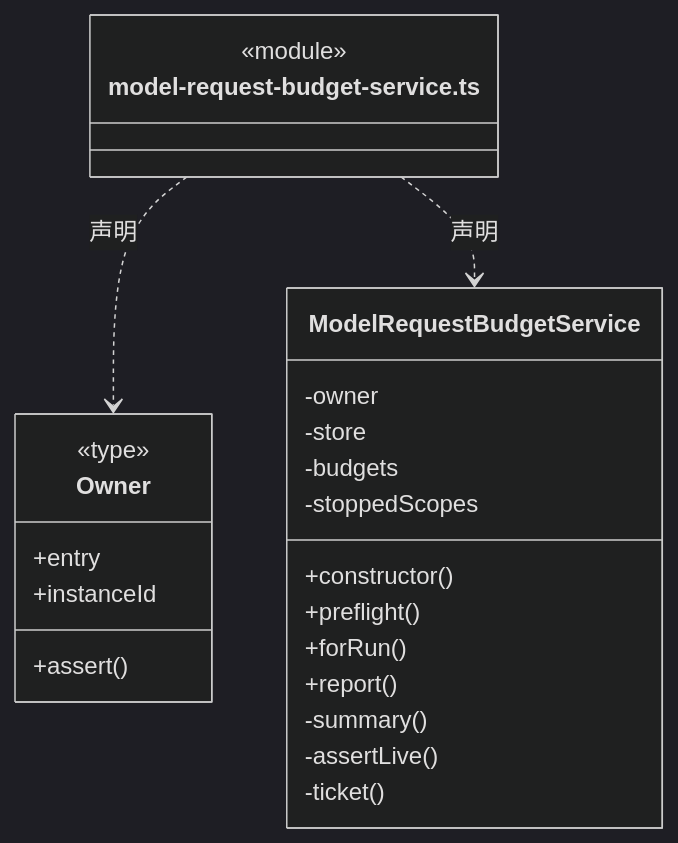
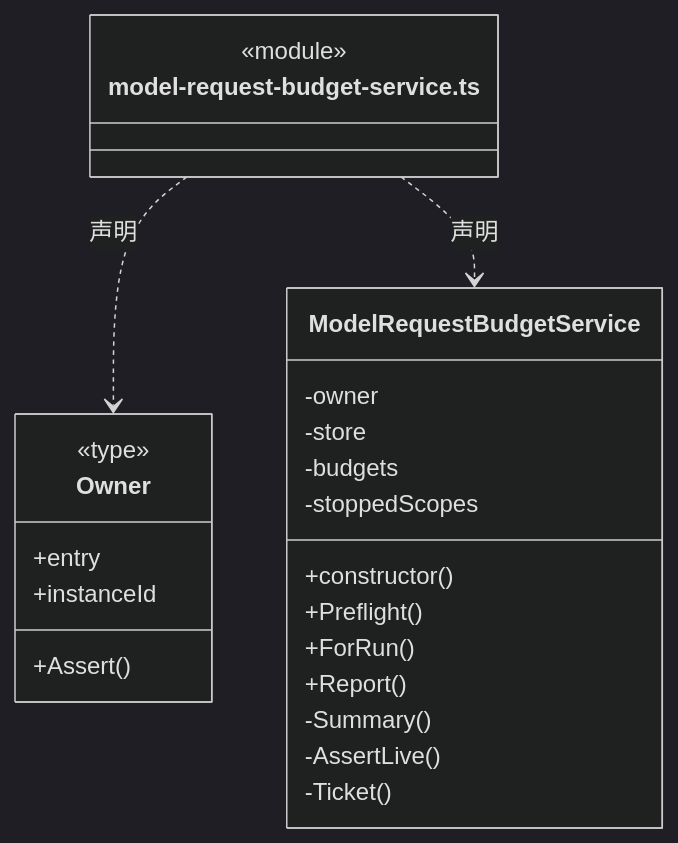
Before and after one commit to nan023062/cbim: the first of 5 diagrams in src/logic/budget/runtime/ARCHITECTURE.md, drawn with Mermaid (dark theme). The commit also changed other lines of this file and 1035 other files, not shown here.

````diff
--- a/src/logic/budget/runtime/ARCHITECTURE.md
+++ b/src/logic/budget/runtime/ARCHITECTURE.md
@@ -25,27 +25,27 @@
 ```mermaid
 classDiagram
 class N_src_logic_budget_runtime_model_request_budget_service_ts["model-request-budget-service.ts"] {
   <<module>>
 }
 class N_src_logic_budget_runtime_model_request_budget_service_ts_Owner["Owner"] {
   <<type>>
   +entry
   +instanceId
-  +assert()
+  +Assert()
 }
 N_src_logic_budget_runtime_model_request_budget_service_ts ..> N_src_logic_budget_runtime_model_request_budget_service_ts_Owner : 声明
 class N_src_logic_budget_runtime_model_request_budget_service_ts_ModelRequestBudgetService["ModelRequestBudgetService"] {
   +constructor()
-  +preflight()
-  +forRun()
-  +report()
+  +Preflight()
+  +ForRun()
+  +Report()
   -owner
   -store
   -budgets
   -stoppedScopes
-  -summary()
-  -assertLive()
-  -ticket()
+  -Summary()
+  -AssertLive()
+  -Ticket()
 }
 N_src_logic_budget_runtime_model_request_budget_service_ts ..> N_src_logic_budget_runtime_model_request_budget_service_ts_ModelRequestBudgetService : 声明
 ```
````
